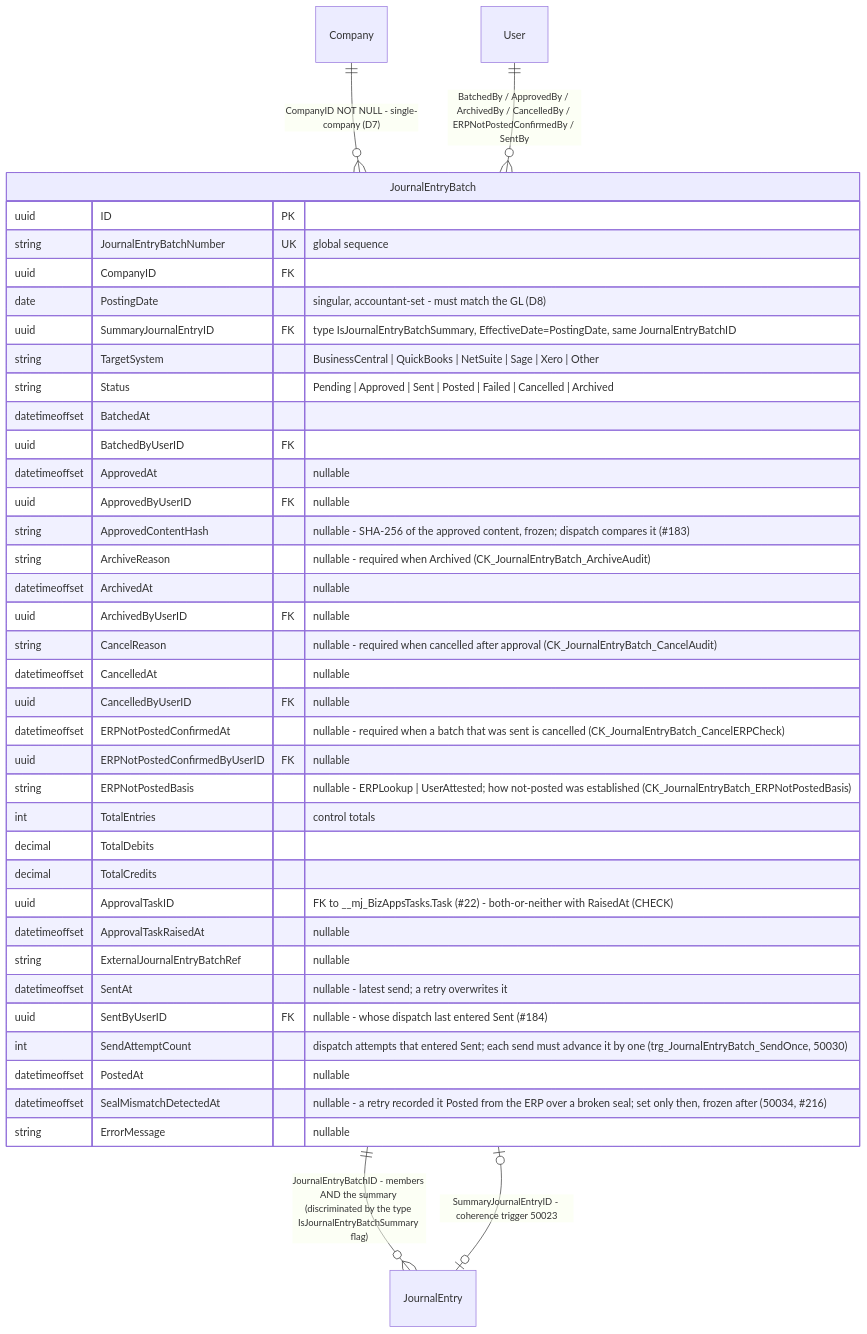
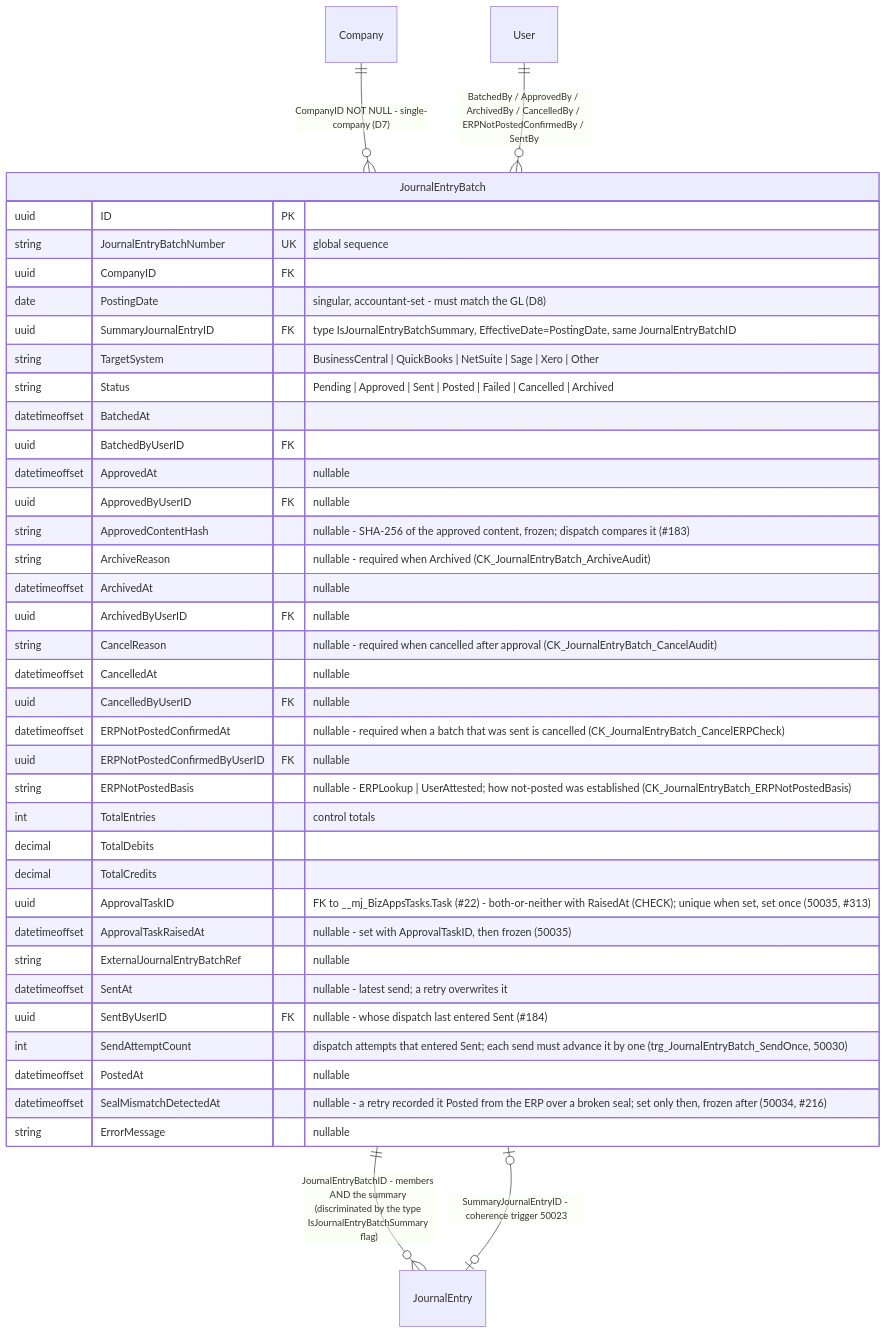
One commit to MemberJunction/bizapps-accounting changed the eighth of 14 diagrams in docs/bizapps-accounting-erd.md. Above: the diagram before and after it, drawn with Mermaid. The commit also changed other lines of this file and 6 other files, not shown here.

First line of the commit message:
fix(approval): set-once approval Task in the entity; decisions land on the stamped Task (#313)

````diff
--- a/docs/bizapps-accounting-erd.md
+++ b/docs/bizapps-accounting-erd.md
@@ -809,43 +809,43 @@
 ```mermaid
 erDiagram
     Company ||--o{ JournalEntryBatch : "CompanyID NOT NULL - single-company (D7)"
     JournalEntryBatch ||--o{ JournalEntry : "JournalEntryBatchID - members AND the summary (discriminated by the type IsJournalEntryBatchSummary flag)"
     JournalEntryBatch |o--o| JournalEntry : "SummaryJournalEntryID - coherence trigger 50023"
     User ||--o{ JournalEntryBatch : "BatchedBy / ApprovedBy / ArchivedBy / CancelledBy / ERPNotPostedConfirmedBy / SentBy"
 
     JournalEntryBatch {
         uuid ID PK
         string JournalEntryBatchNumber UK "global sequence"
         uuid CompanyID FK
         date PostingDate "singular, accountant-set - must match the GL (D8)"
         uuid SummaryJournalEntryID FK "type IsJournalEntryBatchSummary, EffectiveDate=PostingDate, same JournalEntryBatchID"
         string TargetSystem "BusinessCentral | QuickBooks | NetSuite | Sage | Xero | Other"
         string Status "Pending | Approved | Sent | Posted | Failed | Cancelled | Archived"
         datetimeoffset BatchedAt
         uuid BatchedByUserID FK
         datetimeoffset ApprovedAt "nullable"
         uuid ApprovedByUserID FK "nullable"
         string ApprovedContentHash "nullable - SHA-256 of the approved content, frozen; dispatch compares it (#183)"
         string ArchiveReason "nullable - required when Archived (CK_JournalEntryBatch_ArchiveAudit)"
         datetimeoffset ArchivedAt "nullable"
         uuid ArchivedByUserID FK "nullable"
         string CancelReason "nullable - required when cancelled after approval (CK_JournalEntryBatch_CancelAudit)"
         datetimeoffset CancelledAt "nullable"
         uuid CancelledByUserID FK "nullable"
         datetimeoffset ERPNotPostedConfirmedAt "nullable - required when a batch that was sent is cancelled (CK_JournalEntryBatch_CancelERPCheck)"
         uuid ERPNotPostedConfirmedByUserID FK "nullable"
         string ERPNotPostedBasis "nullable - ERPLookup | UserAttested; how not-posted was established (CK_JournalEntryBatch_ERPNotPostedBasis)"
         int TotalEntries "control totals"
         decimal TotalDebits
         decimal TotalCredits
-        uuid ApprovalTaskID "FK to __mj_BizAppsTasks.Task (#22) - both-or-neither with RaisedAt (CHECK)"
-        datetimeoffset ApprovalTaskRaisedAt "nullable"
+        uuid ApprovalTaskID "FK to __mj_BizAppsTasks.Task (#22) - both-or-neither with RaisedAt (CHECK); unique when set, set once (50035, #313)"
+        datetimeoffset ApprovalTaskRaisedAt "nullable - set with ApprovalTaskID, then frozen (50035)"
         string ExternalJournalEntryBatchRef "nullable"
         datetimeoffset SentAt "nullable - latest send; a retry overwrites it"
         uuid SentByUserID FK "nullable - whose dispatch last entered Sent (#184)"
         int SendAttemptCount "dispatch attempts that entered Sent; each send must advance it by one (trg_JournalEntryBatch_SendOnce, 50030)"
         datetimeoffset PostedAt "nullable"
         datetimeoffset SealMismatchDetectedAt "nullable - a retry recorded it Posted from the ERP over a broken seal; set only then, frozen after (50034, #216)"
         string ErrorMessage "nullable"
     }
 ```
````
